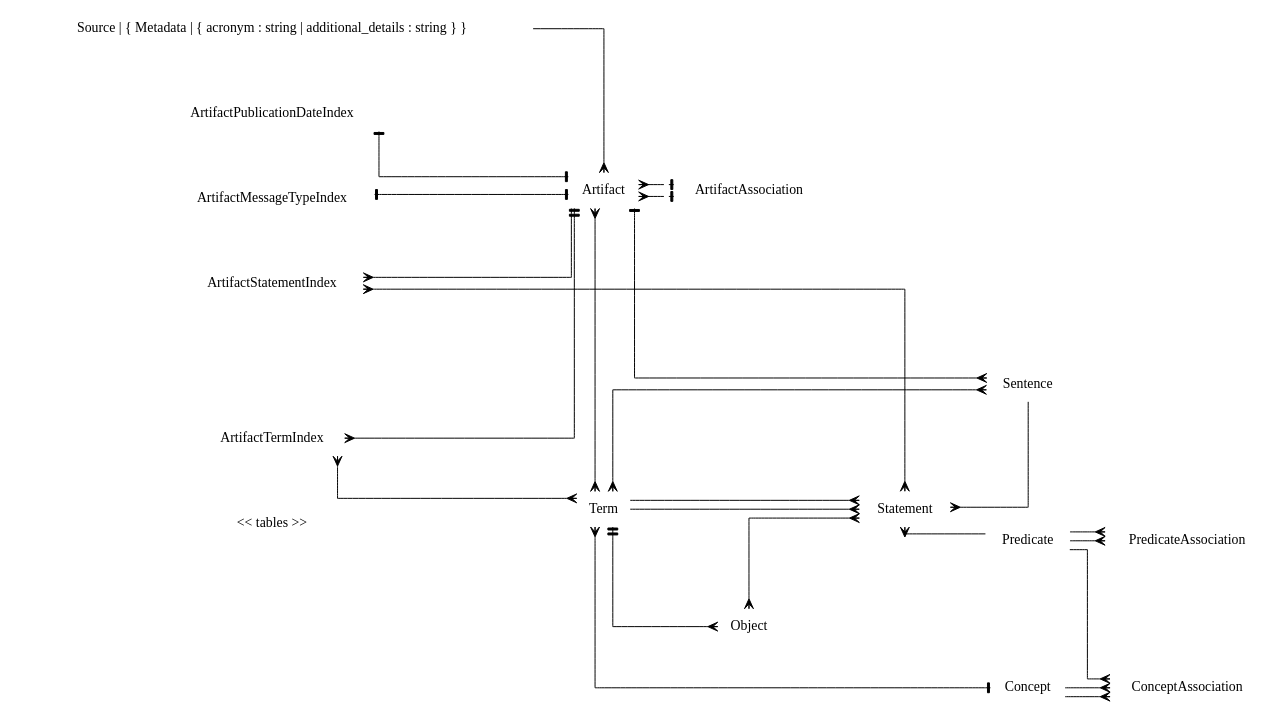
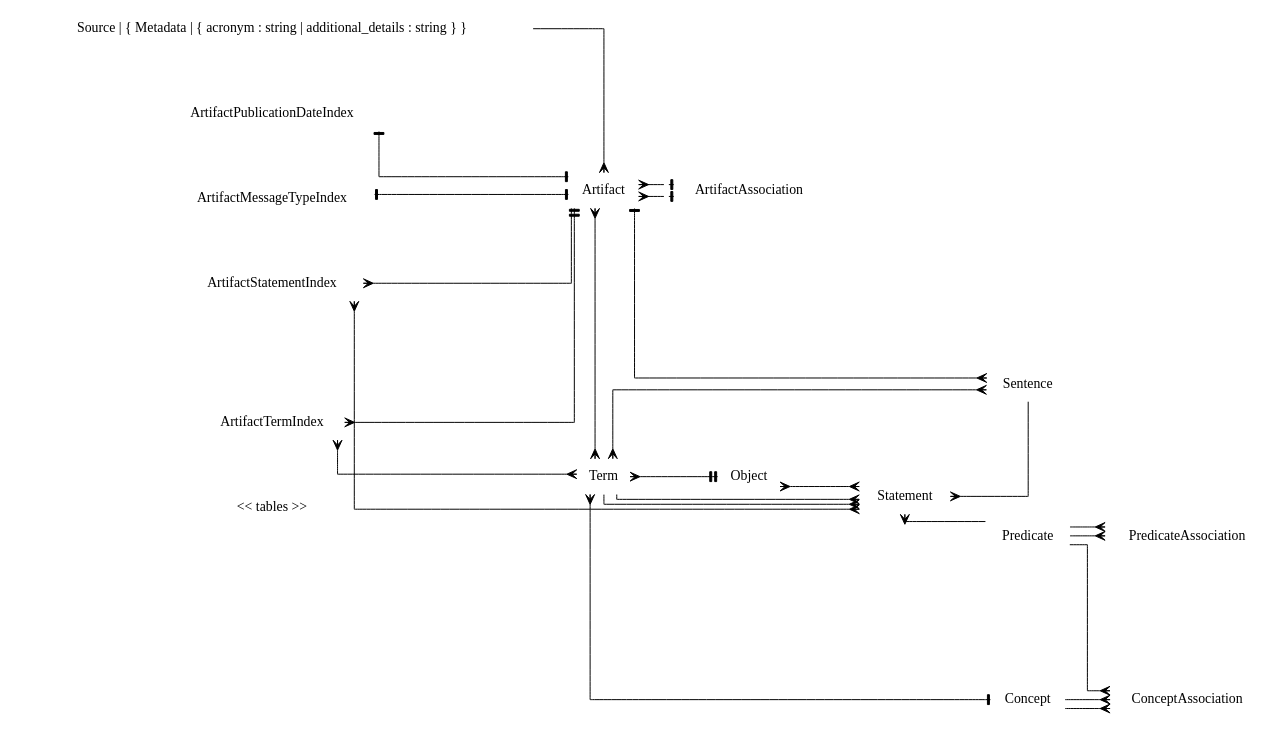
Before and after one commit to lumifyio/lumify-data: the diagram in docs/template.gv, drawn with Graphviz. The commit also changed 5 other files, not shown here.

```diff
--- a/docs/template.gv
+++ b/docs/template.gv
@@ -1,47 +1,46 @@
 digraph models_diagram {
   graph [splines=ortho, nodesep=0.7]
   node [shape=plaintext]
   rankdir = LR
 
   <<< tables >>>
 
   "Source" [label="Source | { Metadata | { acronym : string | additional_details : string } }"];
   "ArtifactAssociation"
   "Sentence"
   "ArtifactStatementIndex"
   "Concept"
   "Statement"
   "ConceptAssociation"
-  "Term"
   "ArtifactTermIndex"
   "Predicate"
   "PredicateAssociation"
   "Object"
   "ArtifactPublicationDateIndex"
   "ArtifactMessageTypeIndex"
 
   "Term" -> "Statement" [arrowtail=none, arrowhead=crow, dir=both]
   "Term" -> "Statement" [arrowtail=none, arrowhead=crow, dir=both]
   "Term" -> "Object" [arrowtail=teetee, arrowhead=crow, dir=both]
   "Object" -> "Statement" [arrowtail=crow, arrowhead=crow, dir=both]
   "Statement" -> "Predicate" [arrowtail=crow, arrowhead=none, dir=both]
   "Statement" -> "Sentence" [arrowtail=crow, arrowhead=none, dir=both]
   "Predicate" -> "PredicateAssociation" [arrowtail=none, arrowhead=crow, dir=both]
   "Predicate" -> "PredicateAssociation" [arrowtail=none, arrowhead=crow, dir=both]
   "Predicate" -> "ConceptAssociation" [arrowtail=none, arrowhead=crow, dir=both]
   "Concept" -> "ConceptAssociation" [arrowtail=none, arrowhead=crow, dir=both]
   "Concept" -> "ConceptAssociation" [arrowtail=none, arrowhead=crow, dir=both]
   "ArtifactTermIndex" -> "Artifact" [arrowtail=crow, arrowhead=teetee, dir=both]
   "ArtifactTermIndex" -> "Term" [arrowtail=crow, arrowhead=crow, dir=both]
   { rank=same; "Artifact" -> "Term" [arrowtail=crow, arrowhead=crow, dir=both]}
   "Term" -> "Concept" [arrowtail=crow, arrowhead=tee, dir=both]
   "ArtifactStatementIndex" -> "Statement" [arrowtail=crow, arrowhead=crow, dir=both]
   "ArtifactStatementIndex" -> "Artifact" [arrowtail=crow, arrowhead=none, dir=both]
   "Sentence" -> "Term" [arrowtail=crow, arrowhead=crow, dir=both]
   "Artifact" -> "Sentence" [arrowtail=tee, arrowhead=crow, dir=both]
   "Artifact" -> "ArtifactAssociation" [arrowtail=tee, arrowhead=crow, dir=both]
   "Artifact" -> "ArtifactAssociation" [arrowtail=tee, arrowhead=crow, dir=both]
   "Source" -> "Artifact" [arrowtail=none, arrowhead=crow, dir=both]
   "ArtifactPublicationDateIndex" -> "Artifact" [arrowtail=tee, arrowhead=tee, dir=both]
   "ArtifactMessageTypeIndex" -> "Artifact" [arrowtail=tee, arrowhead=tee, dir=both]
 }
```
